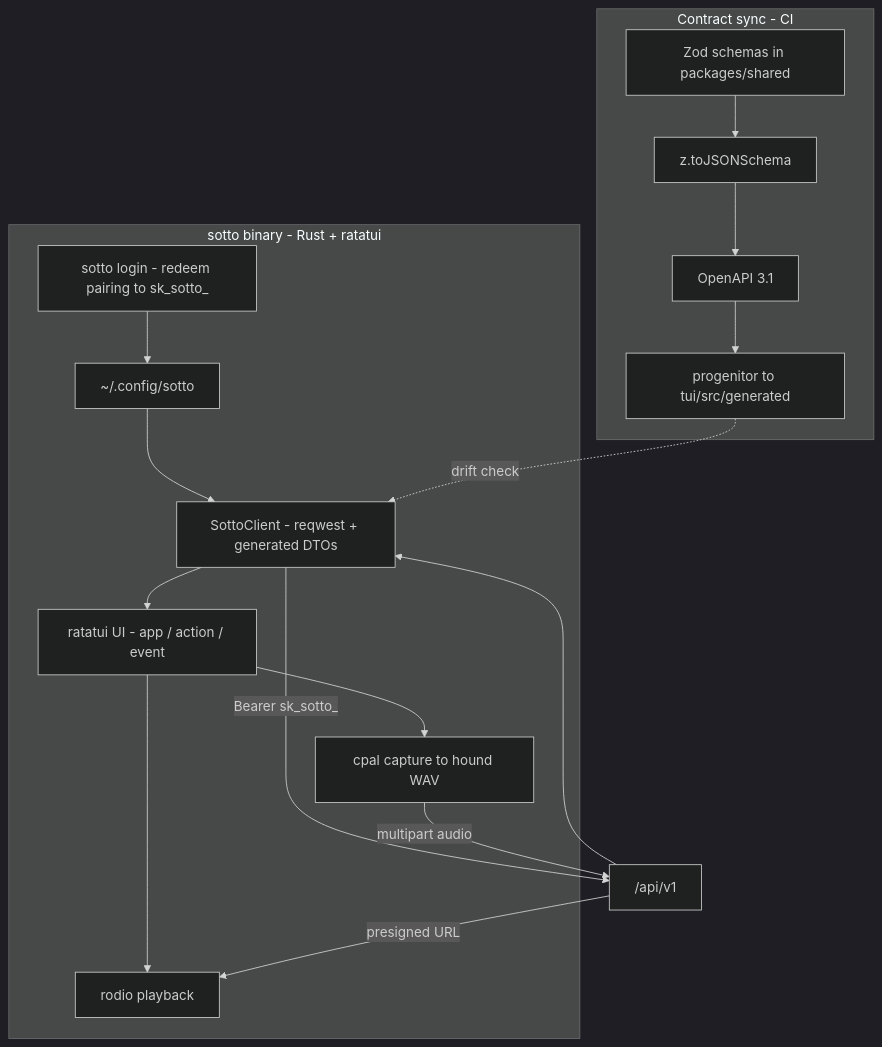
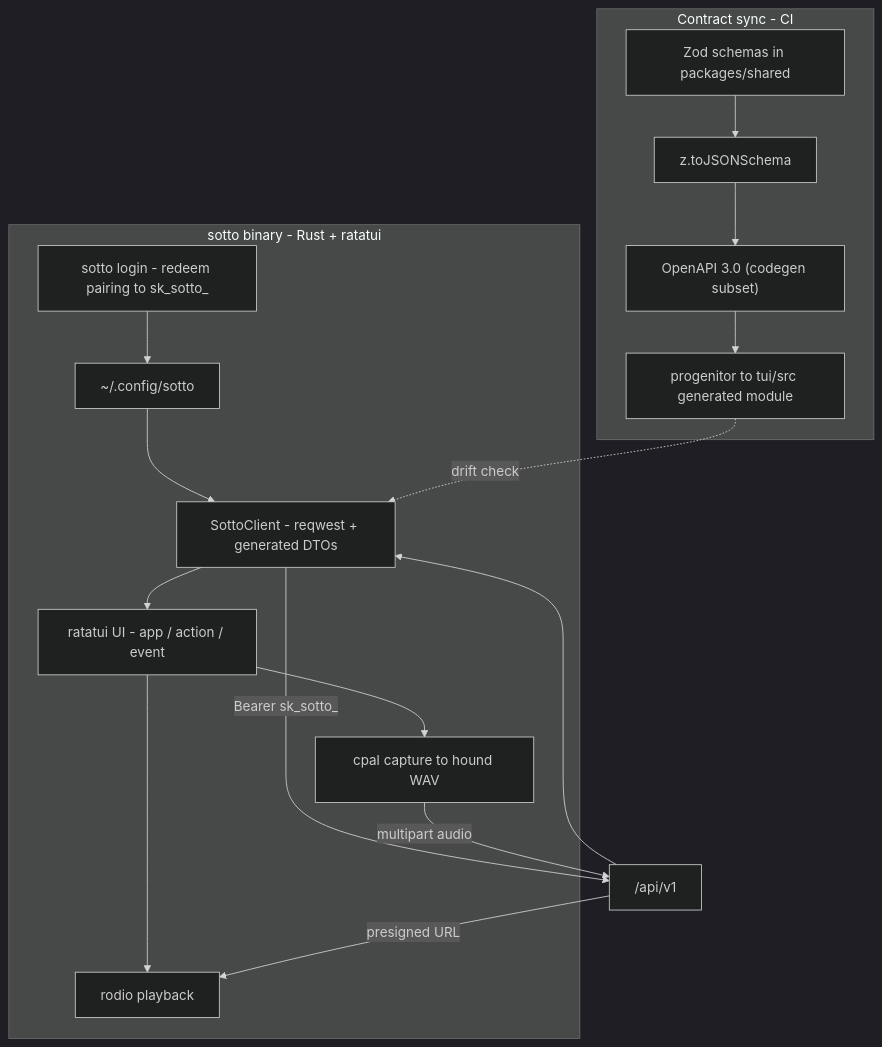
Before and after one commit to affromero/Sotto: the tenth of 11 diagrams in docs/06-architecture-diagrams.md, drawn with Mermaid (dark theme). The commit also changed other lines of this file and 4 other files, not shown here.

````diff
--- a/docs/06-architecture-diagrams.md
+++ b/docs/06-architecture-diagrams.md
@@ -268,28 +265,28 @@
 ```mermaid
 flowchart TD
     subgraph sotto[sotto binary - Rust + ratatui]
         login["sotto login - redeem pairing to sk_sotto_"]
         cfg["~/.config/sotto"]
         client["SottoClient - reqwest + generated DTOs"]
         ui["ratatui UI - app / action / event"]
         play["rodio playback"]
         rec["cpal capture to hound WAV"]
     end
 
     login --> cfg
     cfg --> client
     client -->|Bearer sk_sotto_| apiv1["/api/v1"]
     apiv1 --> client
     client --> ui
     ui --> play
     apiv1 -->|presigned URL| play
     ui --> rec
     rec -->|multipart audio| apiv1
 
     subgraph contract[Contract sync - CI]
         zod["Zod schemas in packages/shared"] --> jsons["z.toJSONSchema"]
-        jsons --> oas["OpenAPI 3.1"]
-        oas --> gen["progenitor to tui/src/generated"]
+        jsons --> oas["OpenAPI 3.0 (codegen subset)"]
+        oas --> gen["progenitor to tui/src generated module"]
         gen -. drift check .-> client
     end
 ```
````
